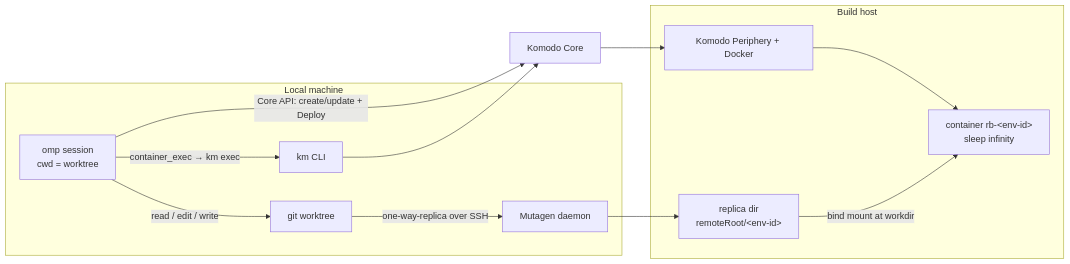
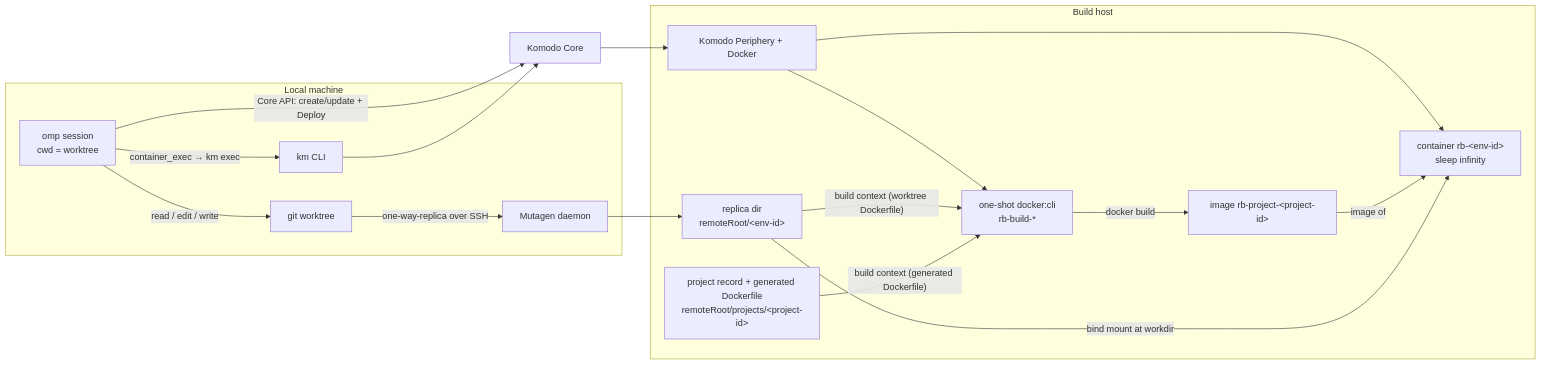
Before and after one commit to mouriya-s-lab/omp-remote-build: the first of 2 diagrams in README.md, drawn with Mermaid. The commit also changed other lines of this file and 12 other files, not shown here.

First line of the commit message:
Add remote_env_init: per-project environment images

````diff
--- a/README.md
+++ b/README.md
@@ -15,20 +17,28 @@
 ```mermaid
 flowchart LR
   subgraph local["Local machine"]
     A["omp session<br/>cwd = worktree"]
     W["git worktree"]
     M["Mutagen daemon"]
     K["km CLI"]
   end
   subgraph remote["Build host"]
     R["replica dir<br/>remoteRoot/&lt;env-id&gt;"]
+    PR["project record + generated Dockerfile<br/>remoteRoot/projects/&lt;project-id&gt;"]
     P["Komodo Periphery + Docker"]
+    B["one-shot docker:cli<br/>rb-build-*"]
+    I["image rb-project-&lt;project-id&gt;"]
     C["container rb-&lt;env-id&gt;<br/>sleep infinity"]
   end
   Core["Komodo Core"]
   A -->|"read / edit / write"| W
   W -->|"one-way-replica over SSH"| M --> R
-  A -->|"Core API: create/update + Deploy"| Core --> P --> C
+  A -->|"Core API: create/update + Deploy"| Core --> P
+  P --> B -->|"docker build"| I
+  R -->|"build context (worktree Dockerfile)"| B
+  PR -->|"build context (generated Dockerfile)"| B
+  P --> C
+  I -->|"image of"| C
   R -->|"bind mount at workdir"| C
   A -->|"container_exec → km exec"| K --> Core
 ```
````
